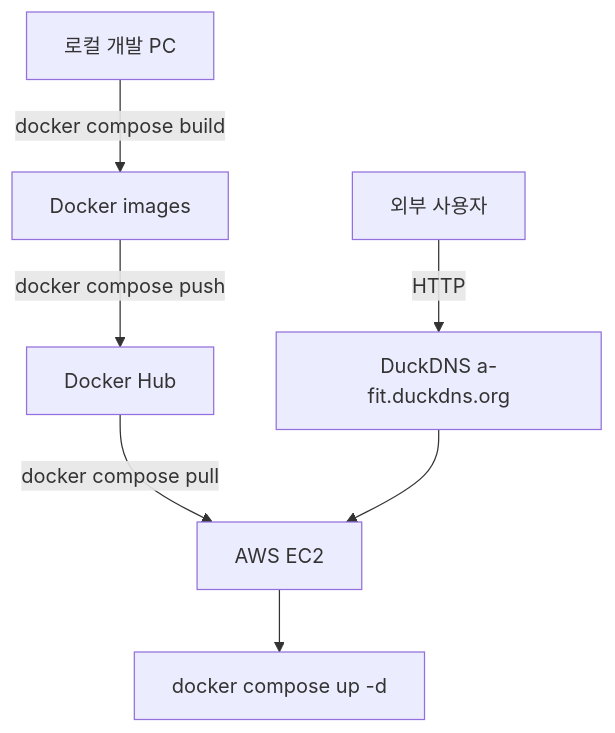
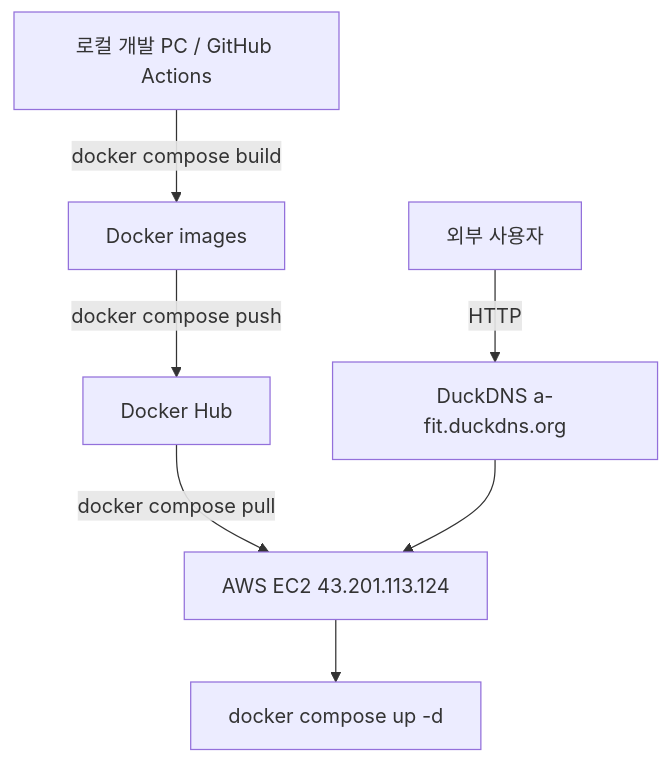
One commit to ldy-99/SKN29-3rd-3team changed the fifth of 6 diagrams in docs/final/SYSTEM_ARCHITECTURE_FINAL.md. Above: the diagram before and after it, drawn with Mermaid. The commit also changed other lines of this file and 14 other files, not shown here.

````diff
--- a/docs/final/SYSTEM_ARCHITECTURE_FINAL.md
+++ b/docs/final/SYSTEM_ARCHITECTURE_FINAL.md
@@ -115,9 +119,9 @@
 ```mermaid
 flowchart TB
-    Dev["로컬 개발 PC"] -->|"docker compose build"| Image["Docker images"]
+    Dev["로컬 개발 PC / GitHub Actions"] -->|"docker compose build"| Image["Docker images"]
     Image -->|"docker compose push"| Hub["Docker Hub"]
-    Hub -->|"docker compose pull"| EC2["AWS EC2"]
+    Hub -->|"docker compose pull"| EC2["AWS EC2 43.201.113.124"]
     DNS["DuckDNS a-fit.duckdns.org"] --> EC2
     User["외부 사용자"] -->|"HTTP"| DNS
     EC2 --> Compose["docker compose up -d"]
 ```
````
